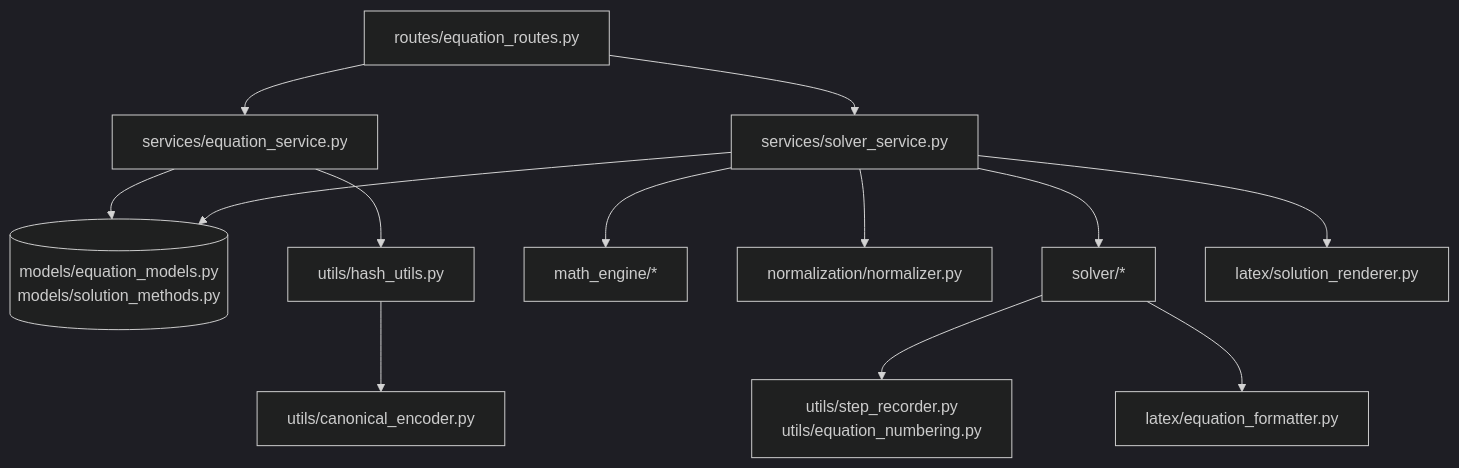
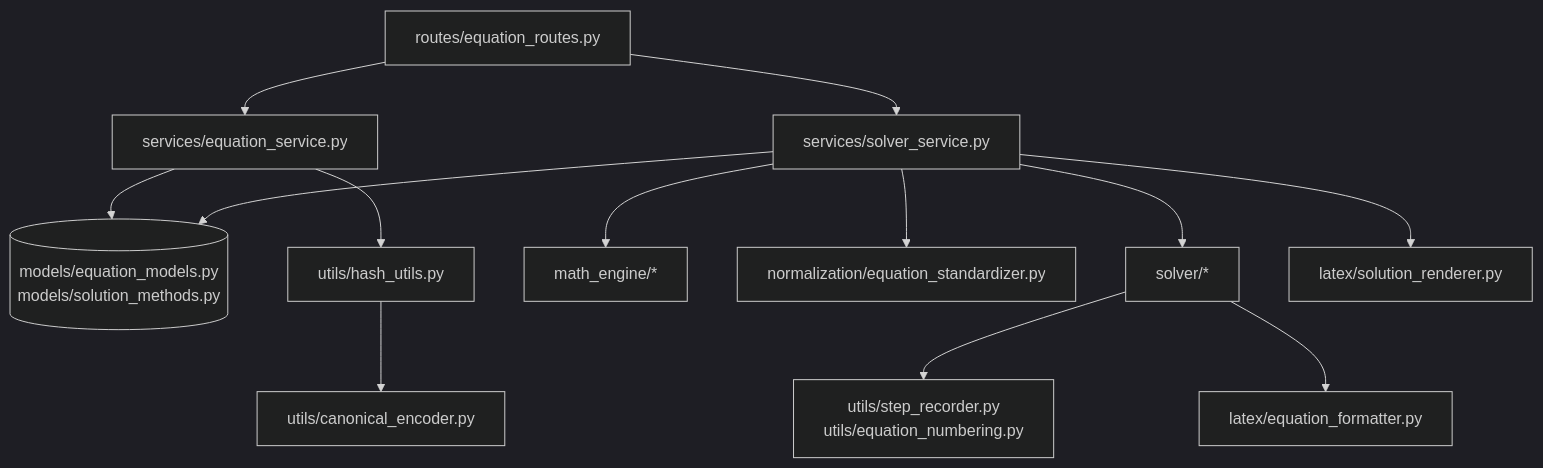
One commit to shahidagha/linear-equation-solver changed the third of 3 diagrams in TECHNICAL_REPORT_V2.md. Above: the diagram before and after it, drawn with Mermaid (dark theme). The commit also changed other lines of this file and 9 other files, not shown here.

````diff
--- a/TECHNICAL_REPORT_V2.md
+++ b/TECHNICAL_REPORT_V2.md
@@ -368,18 +368,18 @@
 ```mermaid
 flowchart TD
     Routes[routes/equation_routes.py] --> EqSvc[services/equation_service.py]
     Routes --> SolSvc[services/solver_service.py]
 
     EqSvc --> Models[(models/equation_models.py\nmodels/solution_methods.py)]
     EqSvc --> Hash[utils/hash_utils.py]
     Hash --> Canon[utils/canonical_encoder.py]
 
     SolSvc --> ME[math_engine/*]
-    SolSvc --> Norm[normalization/normalizer.py]
+    SolSvc --> Norm[normalization/equation_standardizer.py]
     SolSvc --> Solvers[solver/*]
     SolSvc --> Render[latex/solution_renderer.py]
     SolSvc --> Models
 
     Solvers --> Utils[utils/step_recorder.py\nutils/equation_numbering.py]
     Solvers --> EqFmt[latex/equation_formatter.py]
 ```
````
